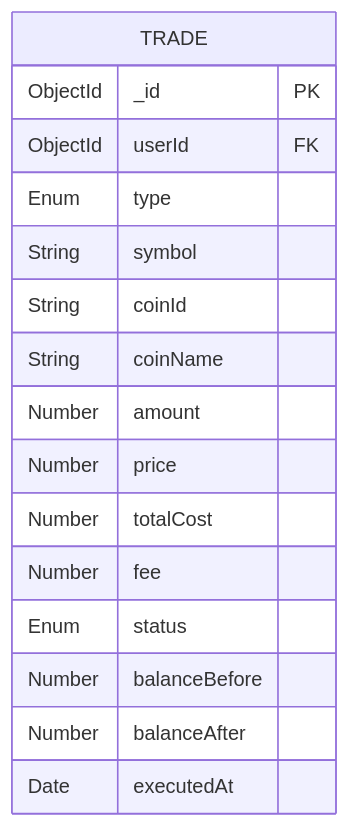
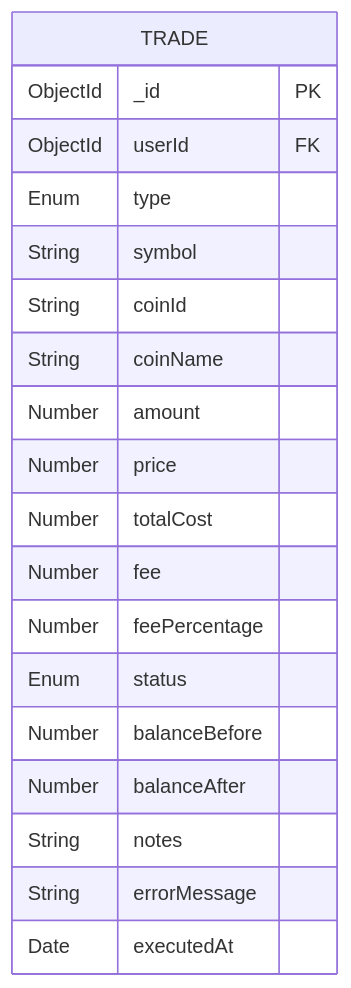
One commit to doanthetin193/CryptoTradingSOA changed diagram 16 of 18 in BAO_CAO_KIEN_TRUC_HUONG_DICH_VU.md. Above: the diagram before and after it, drawn with Mermaid. The commit also changed other lines of this file and 5 other files, not shown here.

````diff
--- a/BAO_CAO_KIEN_TRUC_HUONG_DICH_VU.md
+++ b/BAO_CAO_KIEN_TRUC_HUONG_DICH_VU.md
@@ -748,19 +890,22 @@
 ```mermaid
 erDiagram
     TRADE {
         ObjectId _id PK
         ObjectId userId FK
         Enum type
         String symbol
         String coinId
         String coinName
         Number amount
         Number price
         Number totalCost
         Number fee
+        Number feePercentage
         Enum status
         Number balanceBefore
         Number balanceAfter
+        String notes
+        String errorMessage
         Date executedAt
     }
 ```
````
